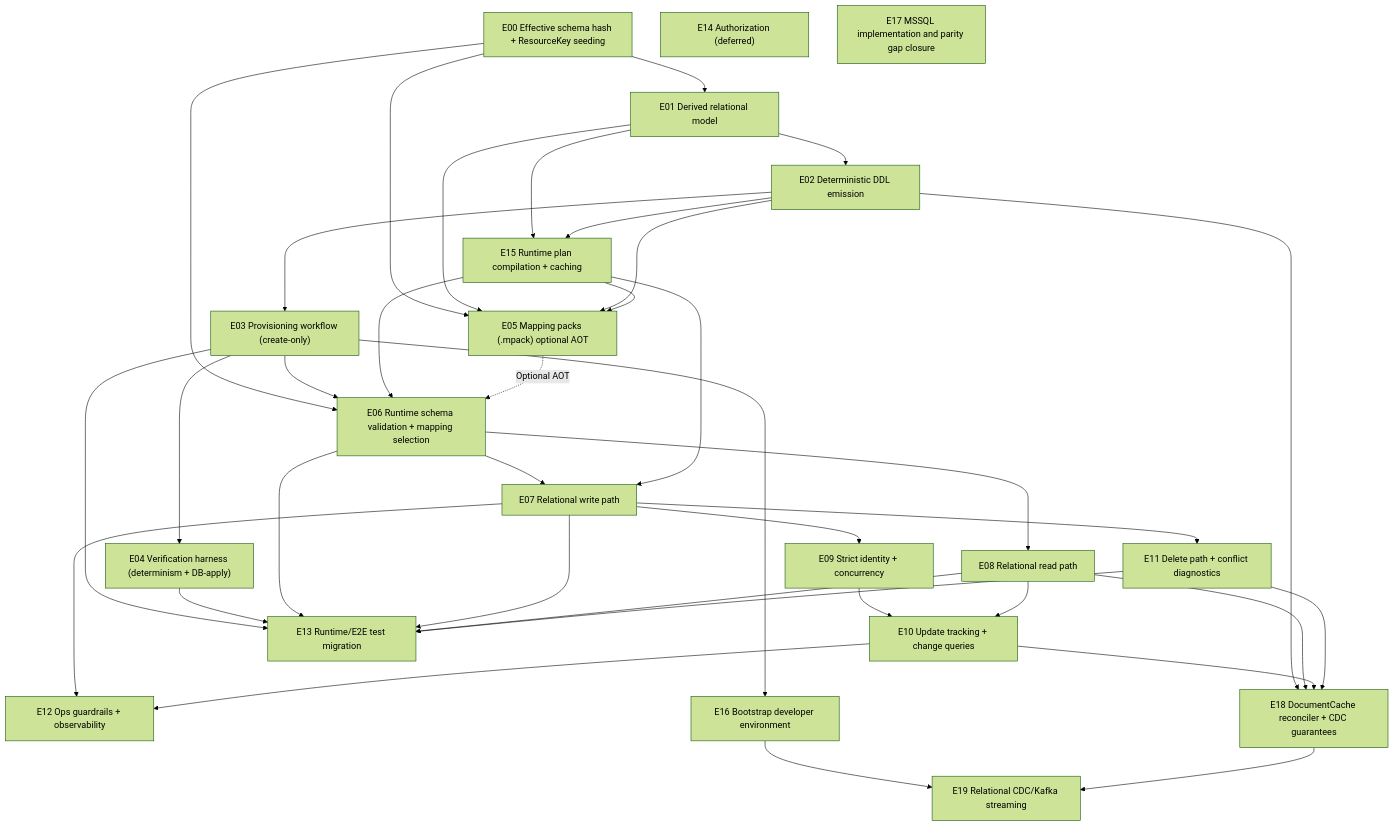
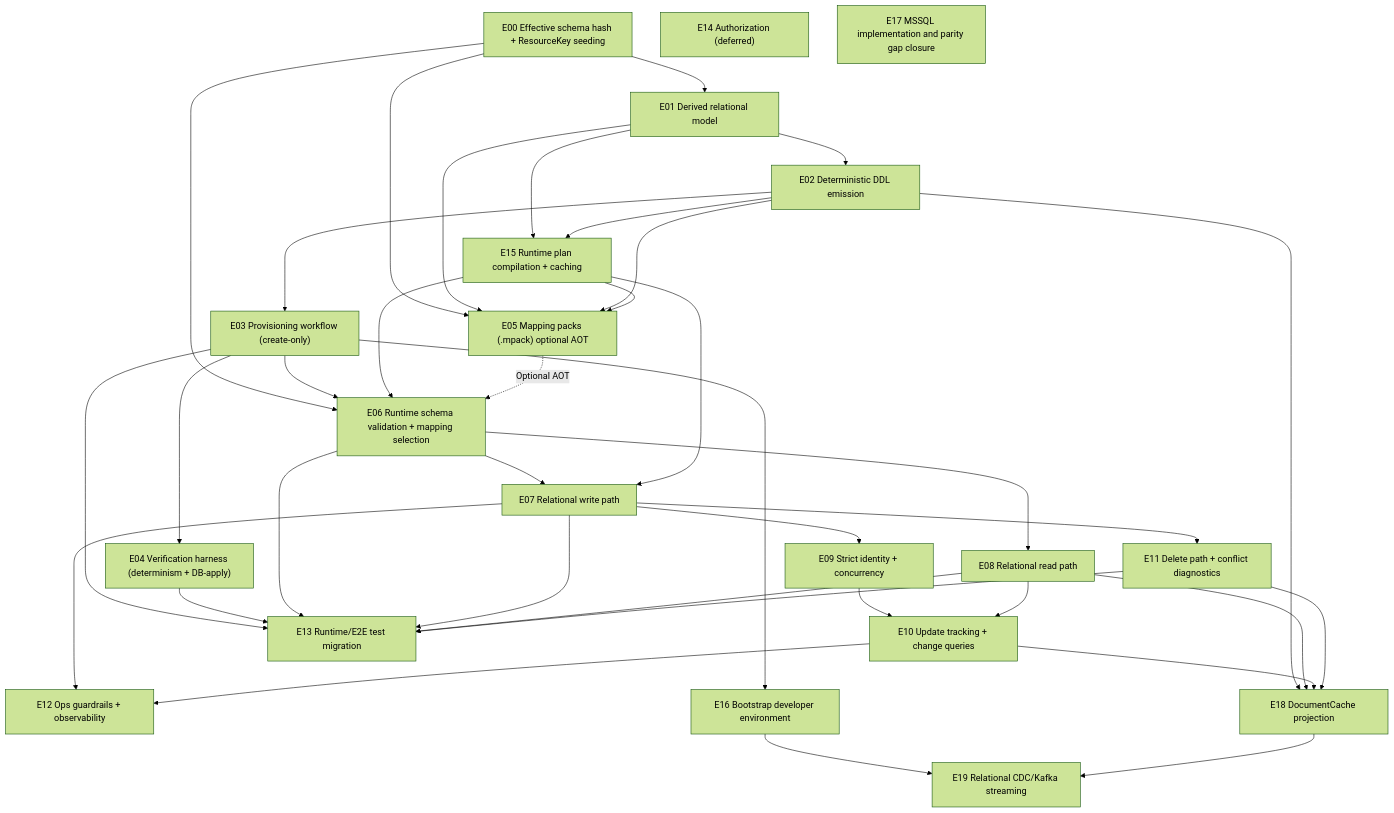
One commit to Ed-Fi-Alliance-OSS/Data-Management-Service changed the diagram in reference/design/backend-redesign/epics/DEPENDENCIES.md. Above: the diagram before and after it, drawn with Mermaid (forest theme). The commit also changed other lines of this file and 20 other files, not shown here.

````diff
--- a/reference/design/backend-redesign/epics/DEPENDENCIES.md
+++ b/reference/design/backend-redesign/epics/DEPENDENCIES.md
@@ -26,65 +26,65 @@
 ```mermaid
 graph TD
   E00["E00 Effective schema hash + ResourceKey seeding"]
   E01["E01 Derived relational model"]
   E02["E02 Deterministic DDL emission"]
   E03["E03 Provisioning workflow (create-only)"]
   E04["E04 Verification harness (determinism + DB-apply)"]
   E05["E05 Mapping packs (.mpack) optional AOT"]
   E06["E06 Runtime schema validation + mapping selection"]
   E07["E07 Relational write path"]
   E08["E08 Relational read path"]
   E09["E09 Strict identity + concurrency"]
   E10["E10 Update tracking + change queries"]
   E11["E11 Delete path + conflict diagnostics"]
   E12["E12 Ops guardrails + observability"]
   E13["E13 Runtime/E2E test migration"]
   E14["E14 Authorization (deferred)"]
   E15["E15 Runtime plan compilation + caching"]
   E16["E16 Bootstrap developer environment"]
   E17["E17 MSSQL implementation and parity gap closure"]
-  E18["E18 DocumentCache reconciler + CDC guarantees"]
+  E18["E18 DocumentCache projection"]
   E19["E19 Relational CDC/Kafka streaming"]
 
   E00 --> E01 --> E02 --> E03 --> E04
 
   E01 --> E15
   E02 --> E15
 
   E00 --> E05
   E01 --> E05
   E02 --> E05
   E15 --> E05
 
   E00 --> E06
   E03 --> E06
   E15 --> E06
   E05 -. Optional AOT .-> E06
 
   E06 --> E07 --> E09 --> E10
   E15 --> E07
   E06 --> E08 --> E10
   E07 --> E11
   E07 --> E12
   E10 --> E12
 
   E03 --> E13
   E04 --> E13
   E06 --> E13
   E07 --> E13
   E08 --> E13
   E11 --> E13
 
   E03 --> E16
 
   E02 --> E18
   E08 --> E18
   E10 --> E18
   E11 --> E18
 
   E16 --> E19
   E18 --> E19
 
   E14
   E17
 ```
````
